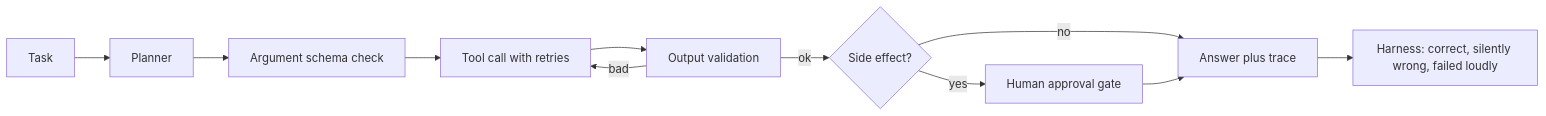
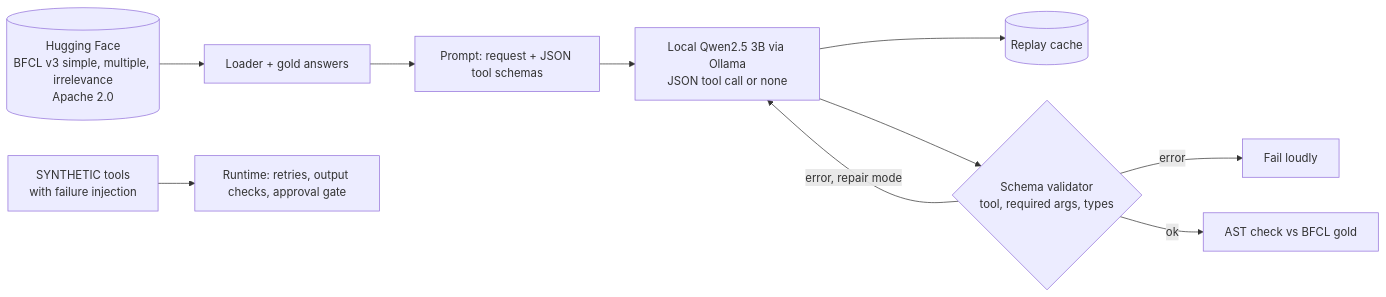
One commit to manishreddy998/ample-insight-agent-reliability-harness changed the diagram in README.md. Above: the diagram before and after it, drawn with Mermaid. The commit also changed other lines of this file and 21 other files, not shown here.

Commit message:
Score tool calling on real BFCL v3 tasks with local Qwen2.5 3B; keep failure injection as labelled simulation

````diff
--- a/README.md
+++ b/README.md
@@ -12,13 +12,12 @@
 ```mermaid
 flowchart LR
-  T[Task] --> P[Planner]
-  P --> V[Argument schema check]
-  V --> C[Tool call with retries]
-  C --> O[Output validation]
-  O -- bad --> C
-  O -- ok --> S{Side effect?}
-  S -- yes --> A[Human approval gate]
-  S -- no --> R[Answer plus trace]
-  A --> R
-  R --> E[Harness: correct, silently wrong, failed loudly]
+ HF[(Hugging Face\nBFCL v3 simple, multiple, irrelevance\nApache 2.0)] --> L[Loader + gold answers]
+ L --> P[Prompt: request + JSON tool schemas]
+ P --> M[Local Qwen2.5 3B via Ollama\nJSON tool call or none]
+ M --> C[(Replay cache)]
+ M --> V{Schema validator\ntool, required args, types}
+ V -->|error, repair mode| M
+ V -->|error| F[Fail loudly]
+ V -->|ok| A[AST check vs BFCL gold]
+ S[SYNTHETIC tools\nwith failure injection] --> R[Runtime: retries, output checks, approval gate]
 ```
````
